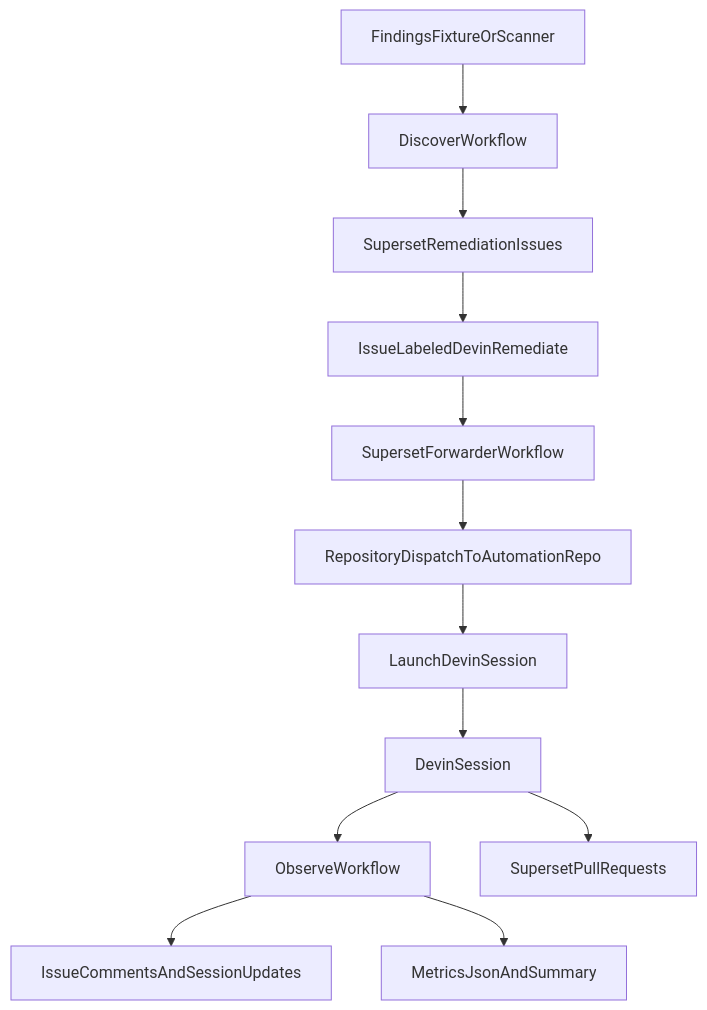
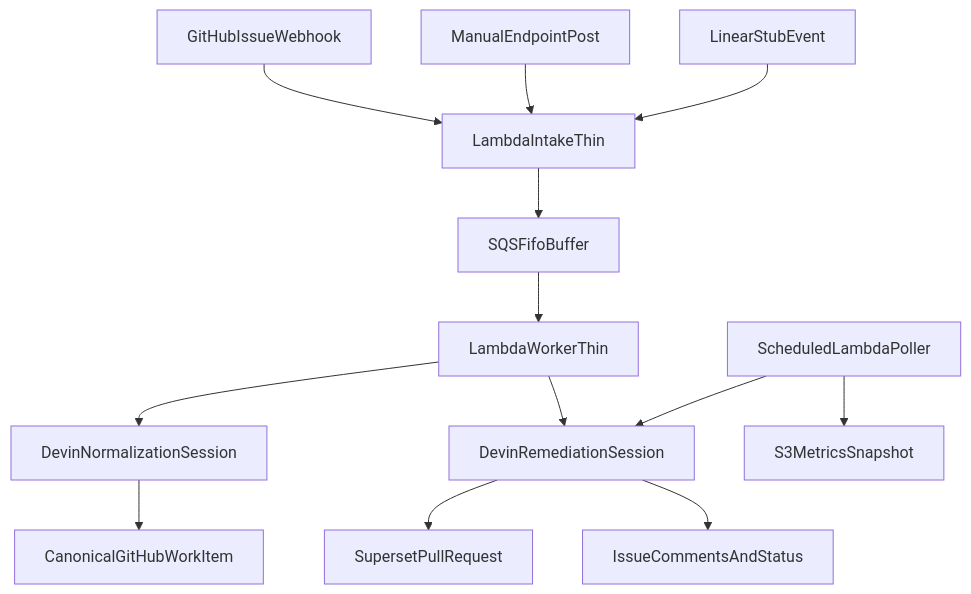
Before and after one commit to C0smicCrush/devin-vuln-automation: the diagram in README.md, drawn with Mermaid. The commit also changed other lines of this file and 19 other files, not shown here.

First line of the commit message:
feat: add AWS event-driven Devin remediation pipeline

````diff
--- a/README.md
+++ b/README.md
@@ -26,14 +38,15 @@
 ```mermaid
 flowchart TD
-    findings[FindingsFixtureOrScanner] --> discover[DiscoverWorkflow]
-    discover --> issues[SupersetRemediationIssues]
-    issues --> label[IssueLabeledDevinRemediate]
-    label --> forward[SupersetForwarderWorkflow]
-    forward --> dispatch[RepositoryDispatchToAutomationRepo]
-    dispatch --> launch[LaunchDevinSession]
-    launch --> devin[DevinSession]
-    devin --> observe[ObserveWorkflow]
-    observe --> comments[IssueCommentsAndSessionUpdates]
-    observe --> metrics[MetricsJsonAndSummary]
-    devin --> prs[SupersetPullRequests]
+    github[GitHubIssueWebhook] --> intake[LambdaIntakeThin]
+    manual[ManualEndpointPost] --> intake
+    linear[LinearStubEvent] --> intake
+    intake --> buffer[SQSFifoBuffer]
+    buffer --> worker[LambdaWorkerThin]
+    worker --> devinNormalize[DevinNormalizationSession]
+    devinNormalize --> trackedIssue[CanonicalGitHubWorkItem]
+    worker --> devinFix[DevinRemediationSession]
+    devinFix --> prs[SupersetPullRequest]
+    devinFix --> issues[IssueCommentsAndStatus]
+    poller[ScheduledLambdaPoller] --> devinFix
+    poller --> reports[S3MetricsSnapshot]
 ```
````
